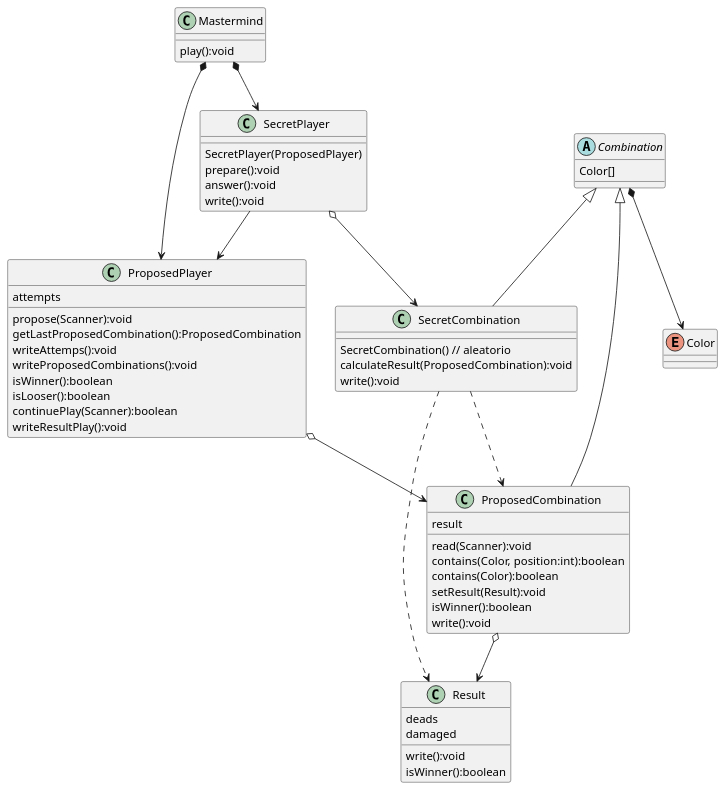
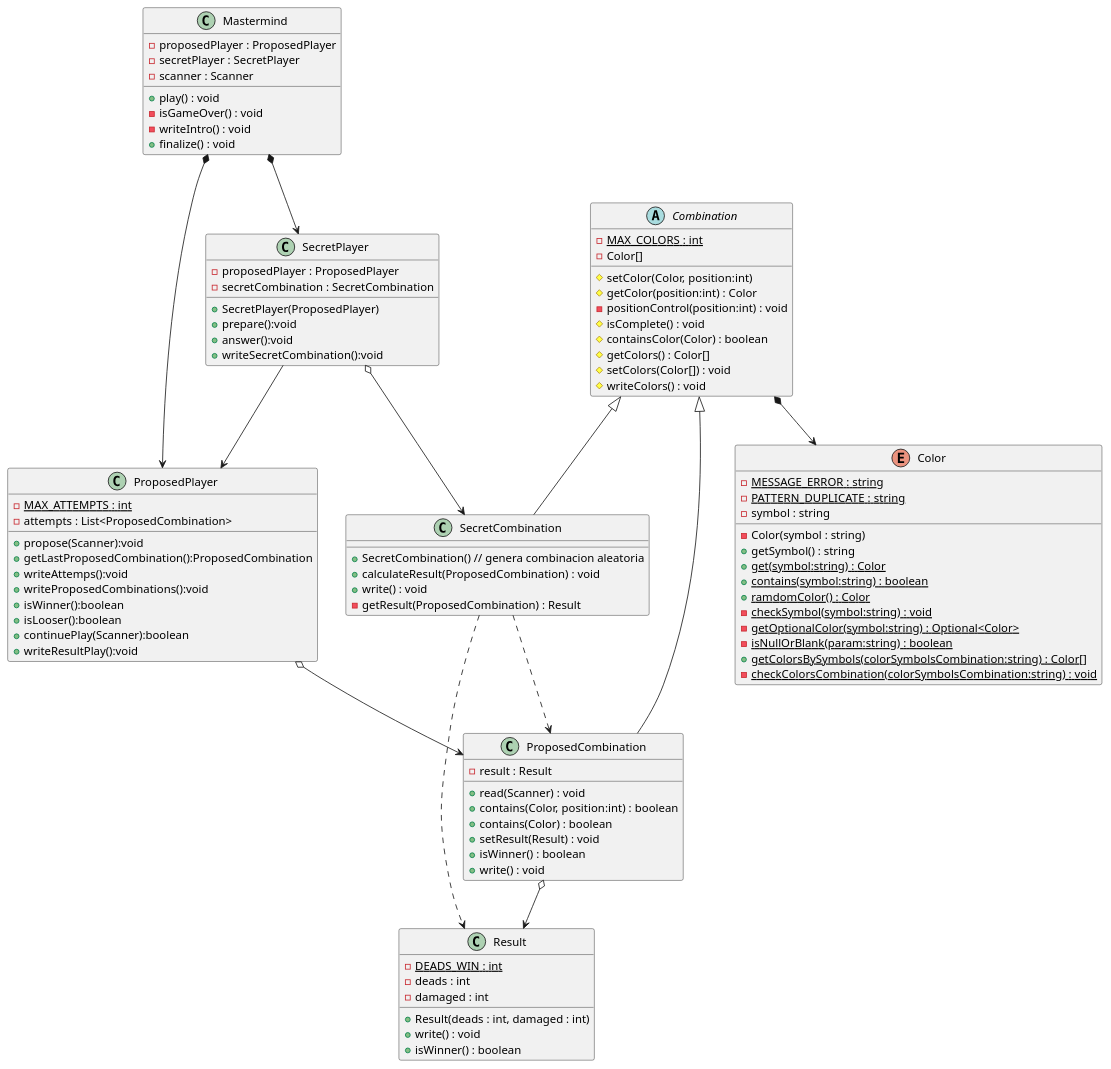
Before and after one commit to nkoutsourais/4954-DisCalSoft-Practica1: the first of 2 diagrams in README.md, drawn with PlantUML. The commit also changed other lines of this file, not shown here.

Commit message:
Plant uml con todo el proyecto

````diff
--- a/README.md
+++ b/README.md
@@ -16,53 +16,92 @@
  ```PlantUML
- @startuml
+@startuml
 
 class Mastermind{
- play():void
+ - proposedPlayer : ProposedPlayer
+ - secretPlayer : SecretPlayer
+ - scanner : Scanner
+ + play() : void
+ - isGameOver() : void
+ - writeIntro() : void
+ + finalize() : void
 }
 
 class SecretPlayer{
-  SecretPlayer(ProposedPlayer)
-  prepare():void 
-  answer():void
-  write():void
+  - proposedPlayer : ProposedPlayer
+  - secretCombination : SecretCombination
+  + SecretPlayer(ProposedPlayer)
+  + prepare():void 
+  + answer():void
+  + writeSecretCombination():void
 }
+
 class ProposedPlayer{
-  attempts
-  propose(Scanner):void
-  getLastProposedCombination():ProposedCombination
-  writeAttemps():void
-  writeProposedCombinations():void
-  isWinner():boolean
-  isLooser():boolean
-  continuePlay(Scanner):boolean
-  writeResultPlay():void
-  }
+  - {static} MAX_ATTEMPTS : int
+  - attempts : List<ProposedCombination>
+  + propose(Scanner):void
+  + getLastProposedCombination():ProposedCombination
+  + writeAttemps():void
+  + writeProposedCombinations():void
+  + isWinner():boolean
+  + isLooser():boolean
+  + continuePlay(Scanner):boolean
+  + writeResultPlay():void
+}
 
 abstract class Combination{
-Color[]
+  - {static} MAX_COLORS : int
+  - Color[]
+  # setColor(Color, position:int)
+  # getColor(position:int) : Color
+  - positionControl(position:int) : void
+  # isComplete() : void
+  # containsColor(Color) : boolean
+  # getColors() : Color[]
+  # setColors(Color[]) : void
+  # writeColors() : void
 }
-enum Color
+
+enum Color{
+    - {static} MESSAGE_ERROR : string
+    - {static} PATTERN_DUPLICATE : string
+    - symbol : string
+    - Color(symbol : string)
+    + getSymbol() : string
+    + {static} get(symbol:string) : Color
+    + {static} contains(symbol:string) : boolean
+    + {static} ramdomColor() : Color
+    - {static} checkSymbol(symbol:string) : void
+    - {static} getOptionalColor(symbol:string) : Optional<Color>
+    - {static} isNullOrBlank(param:string) : boolean
+    + {static} getColorsBySymbols(colorSymbolsCombination:string) : Color[]
+    - {static} checkColorsCombination(colorSymbolsCombination:string) : void
+}
+
 class SecretCombination{
-  SecretCombination() // aleatorio
-  calculateResult(ProposedCombination):void
-  write():void
-  }
+  + SecretCombination() // genera combinacion aleatoria
+  + calculateResult(ProposedCombination) : void
+  + write() : void
+  - getResult(ProposedCombination) : Result
+}
+
 class ProposedCombination{
-  result
-  read(Scanner):void
-  contains(Color, position:int):boolean
-  contains(Color):boolean
-  setResult(Result):void
-  isWinner():boolean
-  write():void
-  }
+  - result : Result
+  + read(Scanner) : void
+  + contains(Color, position:int) : boolean
+  + contains(Color) : boolean
+  + setResult(Result) : void
+  + isWinner() : boolean
+  + write() : void
+}
 
 class Result{
-  deads
-  damaged
-  write():void
-  isWinner():boolean
-  }
+  - {static} DEADS_WIN : int
+  - deads : int
+  - damaged : int
+  + Result(deads : int, damaged : int)
+  + write() : void
+  + isWinner() : boolean
+}
 
 
 Mastermind *--> SecretPlayer
@@ -85,4 +124,5 @@
 
 
 
+
 ```
````
